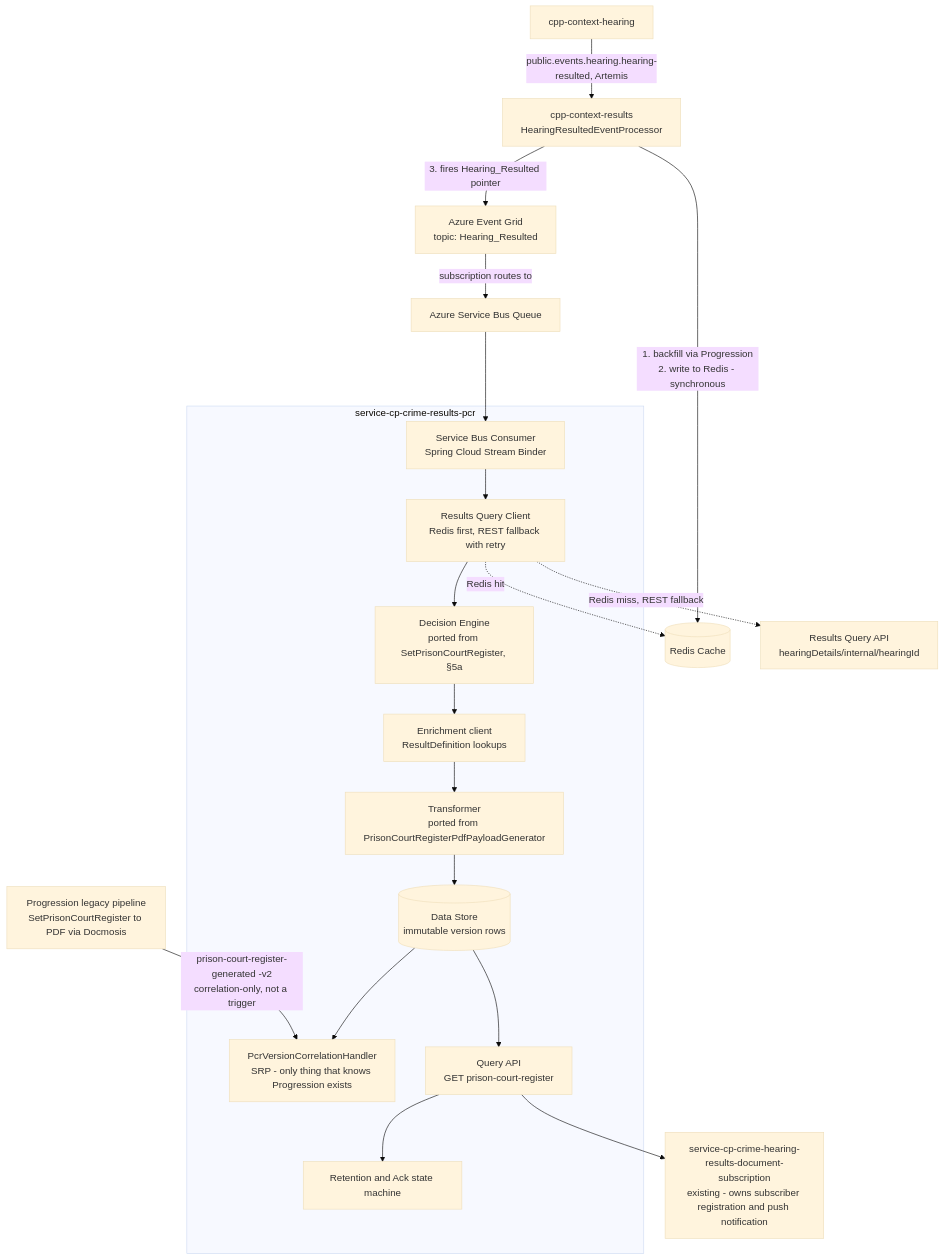
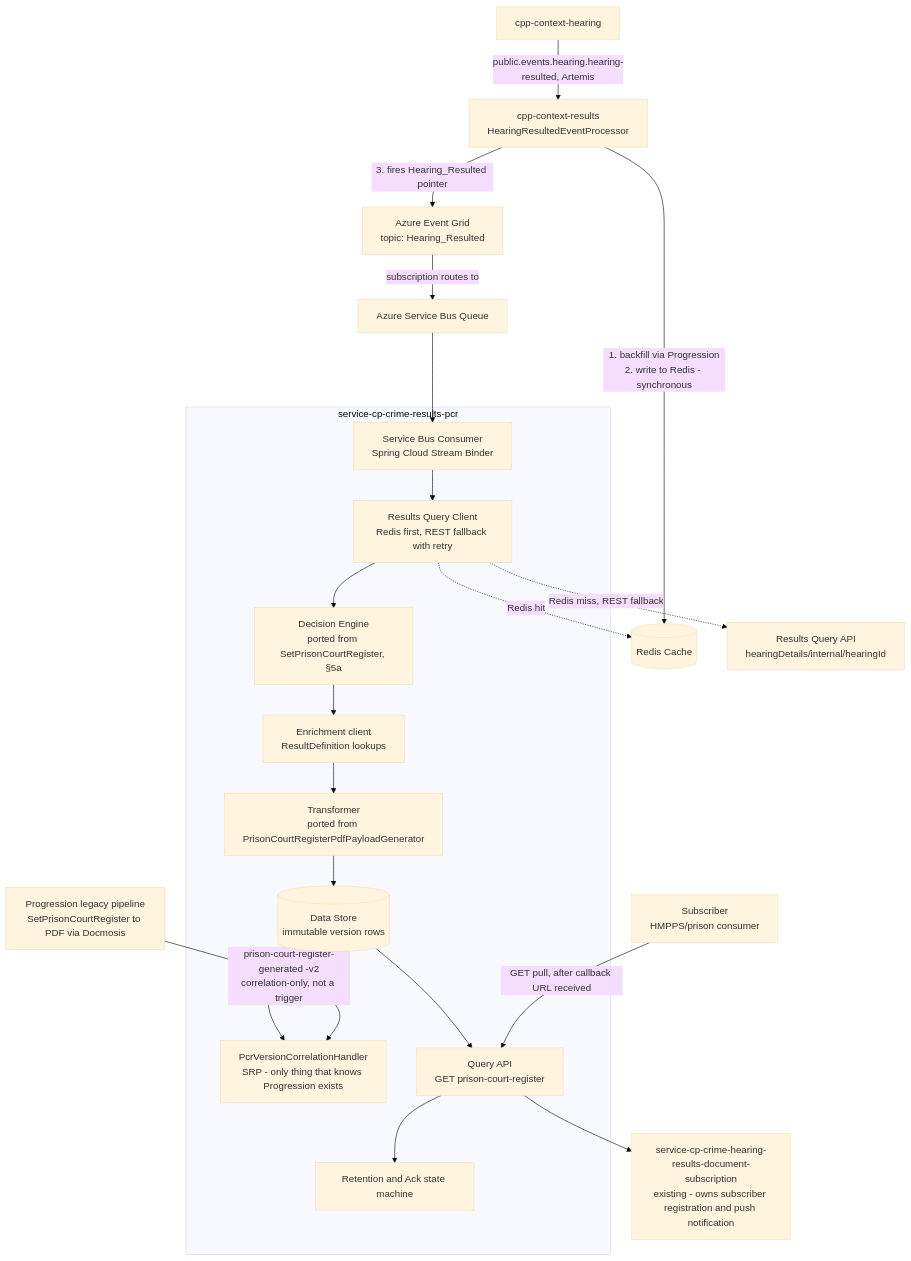
One commit to hmcts/service-cp-crime-results-pcr changed the first of 2 diagrams in docs/2026-07-16-pcr-api-marketplace-design-v2.md. Above: the diagram before and after it, drawn with Mermaid (base theme).

Commit message:
docs: show subscriber GET pull against the Query API in the component diagram

````diff
--- a/docs/2026-07-16-pcr-api-marketplace-design-v2.md
+++ b/docs/2026-07-16-pcr-api-marketplace-design-v2.md
@@ -31,26 +31,28 @@
 ```mermaid
 flowchart TB
     Hearing["cpp-context-hearing"] -->|"public.events.hearing.hearing-resulted, Artemis"| Results["cpp-context-results<br/>HearingResultedEventProcessor"]
     Results -->|"1. backfill via Progression<br/>2. write to Redis - synchronous"| Redis[("Redis Cache")]
     Results -->|"3. fires Hearing_Resulted pointer"| Grid["Azure Event Grid<br/>topic: Hearing_Resulted"]
     Grid -->|"subscription routes to"| Bus["Azure Service Bus Queue"]
     Bus --> Consumer
 
     subgraph PCR["service-cp-crime-results-pcr"]
         Consumer["Service Bus Consumer<br/>Spring Cloud Stream Binder"] --> Query["Results Query Client<br/>Redis first, REST fallback with retry"]
         Query --> Decision["Decision Engine<br/>ported from SetPrisonCourtRegister, §5a"]
         Decision --> Enrich["Enrichment client<br/>ResultDefinition lookups"]
         Enrich --> Transform["Transformer<br/>ported from PrisonCourtRegisterPdfPayloadGenerator"]
         Transform --> Store[("Data Store<br/>immutable version rows")]
         Store --> Correlator["PcrVersionCorrelationHandler<br/>SRP - only thing that knows Progression exists"]
         Store --> API["Query API<br/>GET prison-court-register"]
         API --> Retention["Retention and Ack state machine"]
     end
 
     Query -.->|"Redis hit"| Redis
     Query -.->|"Redis miss, REST fallback"| ResultsAPI["Results Query API<br/>hearingDetails/internal/hearingId"]
 
     Progression["Progression legacy pipeline<br/>SetPrisonCourtRegister to PDF via Docmosis"] -->|"prison-court-register-generated -v2<br/>correlation-only, not a trigger"| Correlator
 
     API --> Subscription["service-cp-crime-hearing-results-document-subscription<br/>existing - owns subscriber registration and push notification"]
+
+    Subscriber["Subscriber<br/>HMPPS/prison consumer"] -->|"GET pull, after callback URL received"| API
 ```
````
